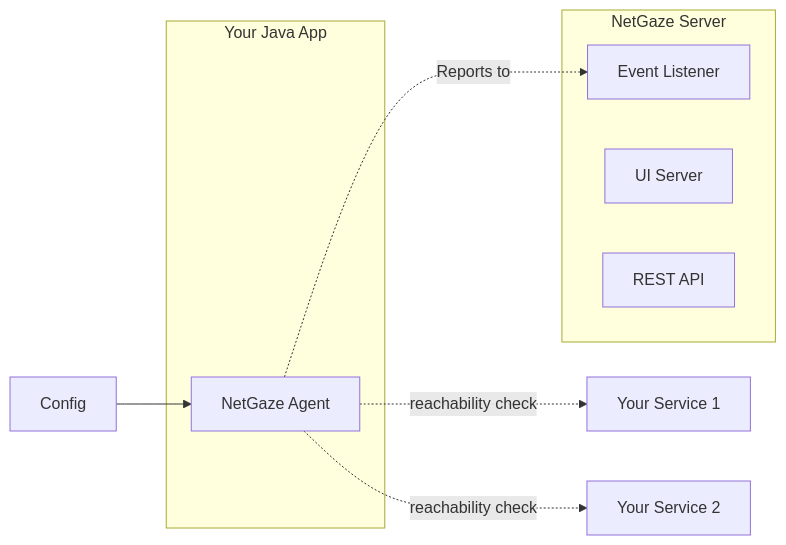
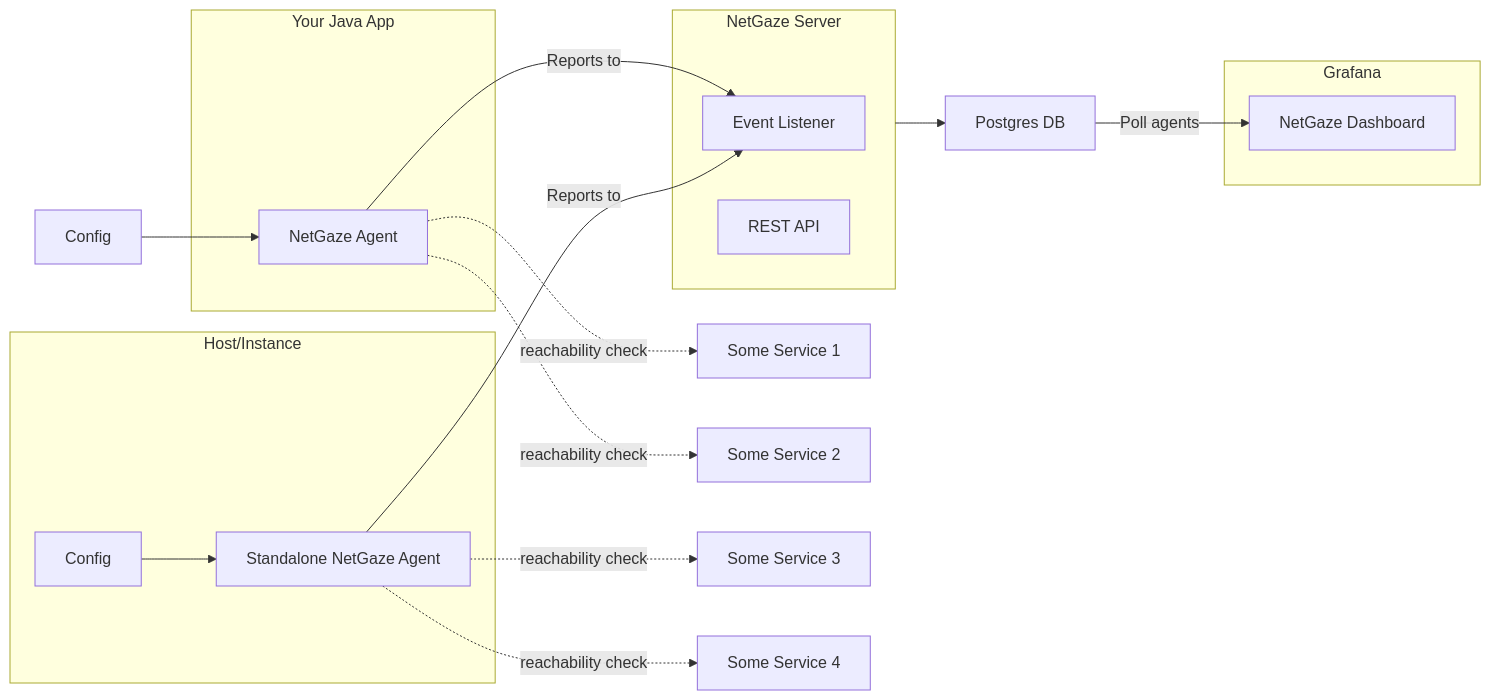
One commit to NetGaze/NetGaze changed the diagram in README.md. Above: the diagram before and after it, drawn with Mermaid. The commit also changed other lines of this file and 10 other files, not shown here.

````diff
--- a/README.md
+++ b/README.md
@@ -18,21 +20,38 @@
 ```mermaid
 flowchart LR
-    cfg["Config"]
-    lib["NetGaze Agent"]
-    svc1["Your Service 1"]
-    svc2["Your Service 2"]
-    lib -. reachability check .-> svc1
-    lib -. reachability check .-> svc2
-    lib -. Reports to .-> listener
+    db["Postgres DB"]
+    cfg1["Config"]
+    cfg2["Config"]
+    lib1["NetGaze Agent"]
+    lib2["Standalone NetGaze Agent"]
+    svc1["Some Service 1"]
+    svc2["Some Service 2"]
+    svc3["Some Service 3"]
+    svc4["Some Service 4"]
+    lib1 -. reachability check .-> svc1
+    lib1 -. reachability check .-> svc2
+    lib1 -- Reports to --> listener
+    lib2 -. reachability check .-> svc3
+    lib2 -. reachability check .-> svc4
+    lib2 -- Reports to --> listener
 
     subgraph app["Your Java App"]
-        lib
+        lib1
+    end
+    subgraph sa_agent["Host/Instance"]
+        lib2
+        cfg2 --> lib2
     end
     subgraph server["NetGaze Server"]
-        ui["UI Server"]
+        listener["Event Listener"]
         rest["REST API"]
-        listener["Event Listener"]
     end
 
-    cfg --> lib
+    subgraph grafana["Grafana"]
+        dash["NetGaze Dashboard"]
+    end
+
+    cfg1 --> lib1
+    server --> db
+    db -- Poll agents --> dash
 ```
````
